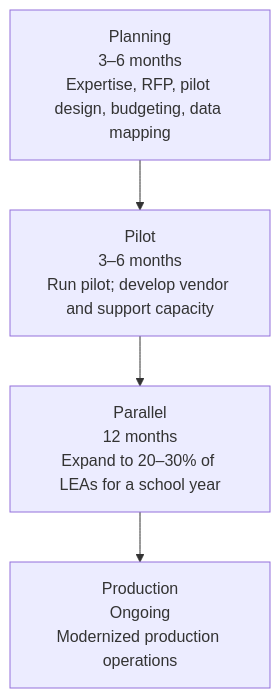
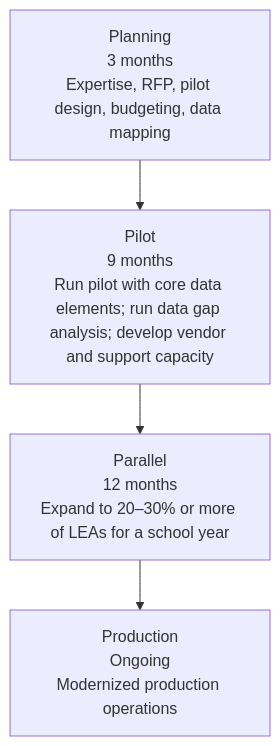
The fourth of 10 diagrams in docs/getting-started/sea-playbook/ed-fi-overview-and-implementation-playbook.md (Ed-Fi-Alliance-OSS/ed-fi-alliance-oss.github.io), drawn with Mermaid before and after one commit. The commit also changed other lines of this file, not shown here.

````diff
--- a/docs/getting-started/sea-playbook/ed-fi-overview-and-implementation-playbook.md
+++ b/docs/getting-started/sea-playbook/ed-fi-overview-and-implementation-playbook.md
@@ -166,8 +274,8 @@
 ```mermaid
 flowchart TD
-  Planning["Planning<br/>3–6 months<br/>Expertise, RFP, pilot design, budgeting, data mapping"]
-  Pilot["Pilot<br/>3–6 months<br/>Run pilot; develop vendor and support capacity"]
-  Parallel["Parallel<br/>12 months<br/>Expand to 20–30% of LEAs for a school year"]
+  Planning["Planning<br/>3 months<br/>Expertise, RFP, pilot design, budgeting, data mapping"]
+  Pilot["Pilot<br/>9 months<br/>Run pilot with core data elements; run data gap analysis; develop vendor and support capacity"]
+  Parallel["Parallel<br/>12 months<br/>Expand to 20–30% or more of LEAs for a school year"]
   Prod["Production<br/>Ongoing<br/>Modernized production operations"]
   Planning --> Pilot --> Parallel --> Prod
 ```
````
